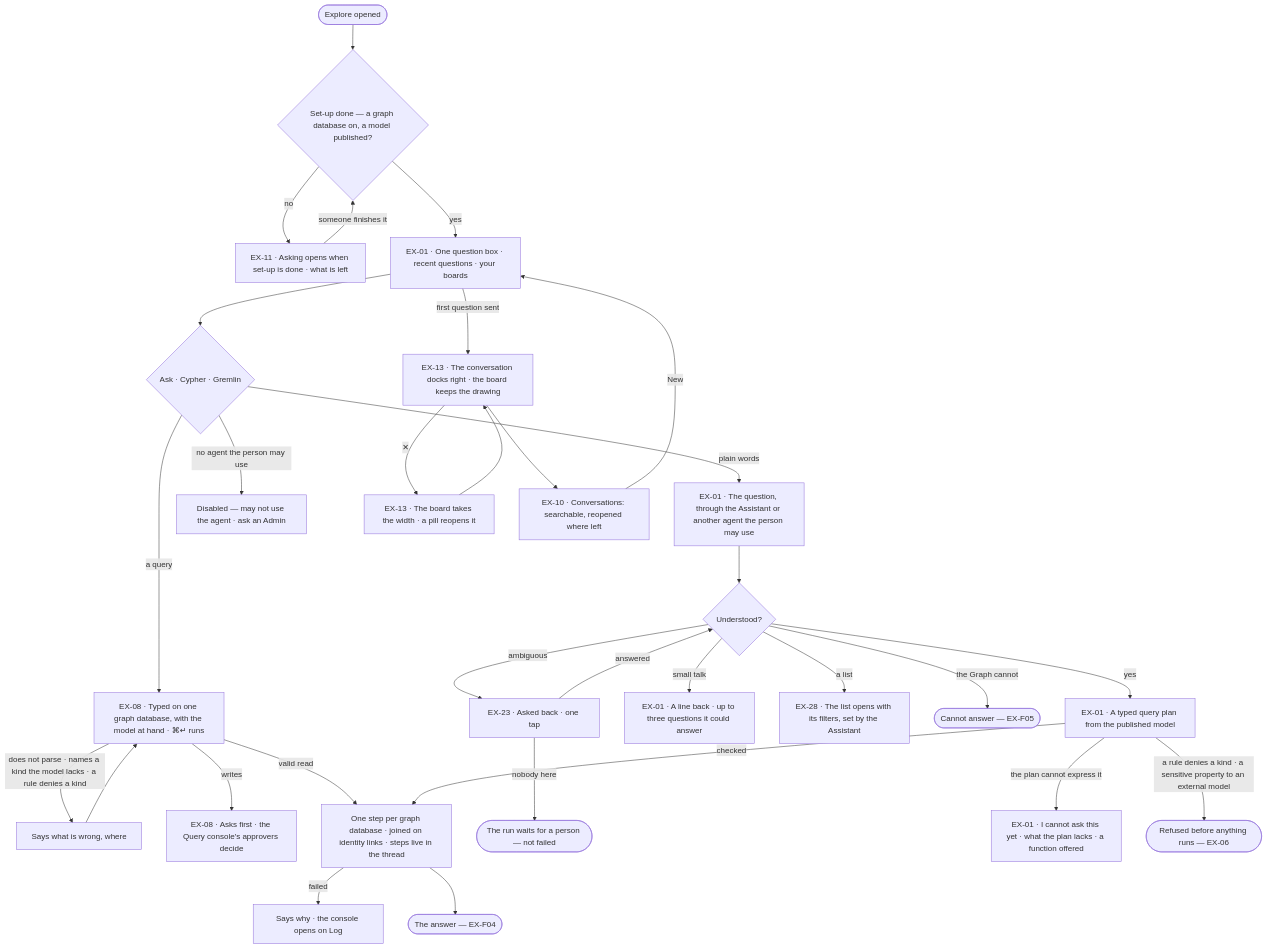
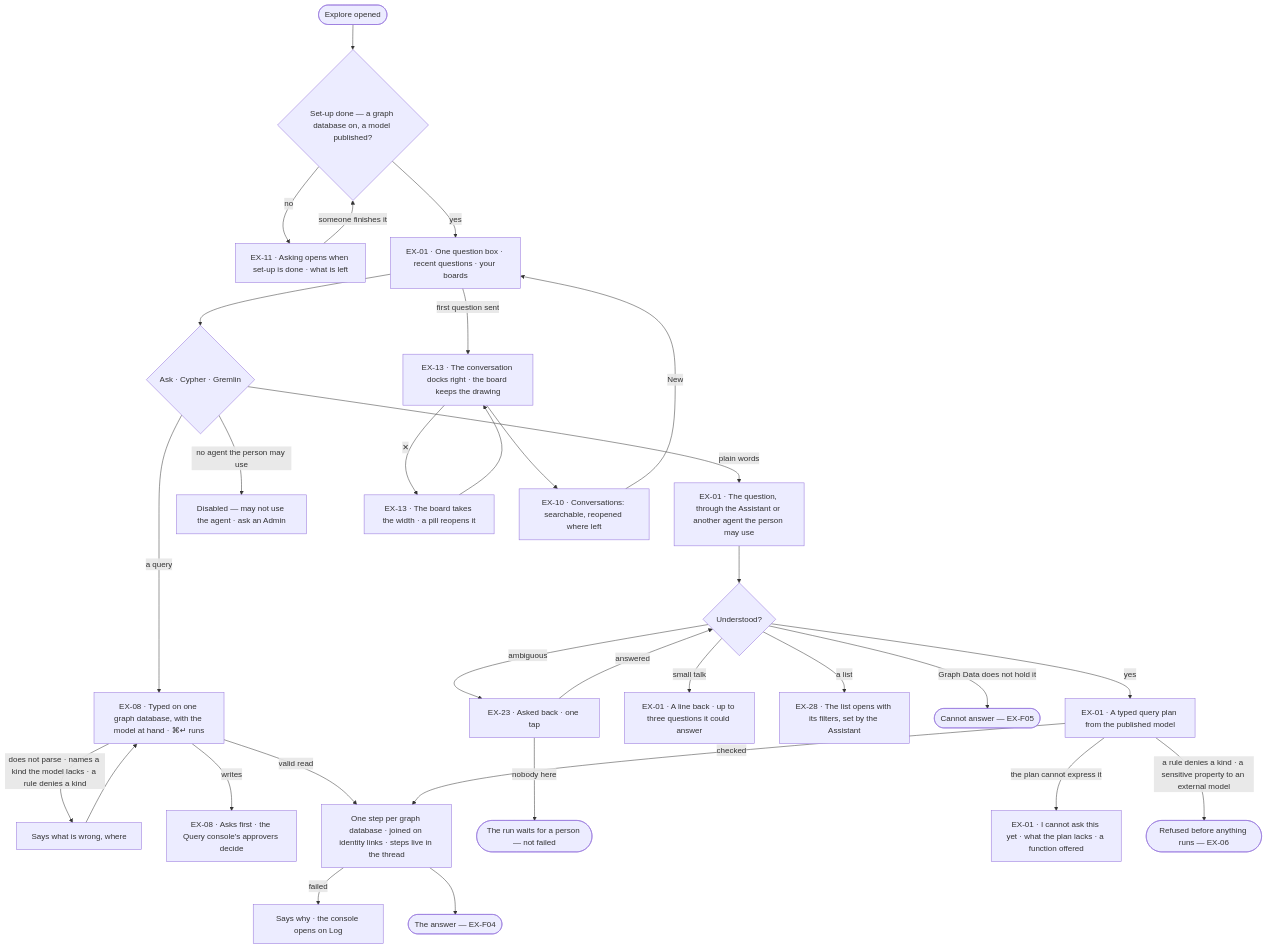
Before and after one commit to invana/invana: the first of 2 diagrams in specs/capabilities/explore/features/EX-F03-ask-a-question/feature.md, drawn with Mermaid. The commit also changed other lines of this file and 69 other files, not shown here.

First line of the commit message:
feat(specs): retire Graph as an object — Graph Data is the screen word

````diff
--- a/specs/capabilities/explore/features/EX-F03-ask-a-question/feature.md
+++ b/specs/capabilities/explore/features/EX-F03-ask-a-question/feature.md
@@ -27,32 +27,32 @@
 ```mermaid
 flowchart TD
   start([Explore opened]) --> lock{Set-up done — a graph database on, a model published?}
   lock -->|no| lk["EX-11 · Asking opens when set-up is done · what is left"]
   lk -->|someone finishes it| lock
   lock -->|yes| home["EX-01 · One question box · recent questions · your boards"]
   home --> kind{Ask · Cypher · Gremlin}
   kind -->|plain words| ask["EX-01 · The question, through the Assistant or another agent the person may use"]
   kind -->|a query| q["EX-08 · Typed on one graph database, with the model at hand · ⌘↵ runs"]
   kind -->|no agent the person may use| na["Disabled — may not use the agent · ask an Admin"]
   q -->|does not parse · names a kind the model lacks · a rule denies a kind| qe["Says what is wrong, where"] --> q
   q -->|writes| qw["EX-08 · Asks first · the Query console's approvers decide"]
   q -->|valid read| run
   ask --> u{Understood?}
   u -->|ambiguous| cq["EX-23 · Asked back · one tap"]
   cq -->|answered| u
   cq -->|nobody here| park(["The run waits for a person — not failed"])
   u -->|small talk| talk["EX-01 · A line back · up to three questions it could answer"]
   u -->|a list| ol["EX-28 · The list opens with its filters, set by the Assistant"]
-  u -->|the Graph cannot| ca(["Cannot answer — EX-F05"])
+  u -->|Graph Data does not hold it| ca(["Cannot answer — EX-F05"])
   u -->|yes| plan["EX-01 · A typed query plan from the published model"]
   plan -->|the plan cannot express it| gap["EX-01 · I cannot ask this yet · what the plan lacks · a function offered"]
   plan -->|a rule denies a kind · a sensitive property to an external model| rf(["Refused before anything runs — EX-06"])
   plan -->|checked| run["One step per graph database · joined on identity links · steps live in the thread"]
   run -->|failed| fl["Says why · the console opens on Log"]
   run --> ans(["The answer — EX-F04"])
   home -->|first question sent| dock["EX-13 · The conversation docks right · the board keeps the drawing"]
   dock -->|✕| closed["EX-13 · The board takes the width · a pill reopens it"]
   closed --> dock
   dock --> conv["EX-10 · Conversations: searchable, reopened where left"]
   conv -->|New| home
 ```
````
